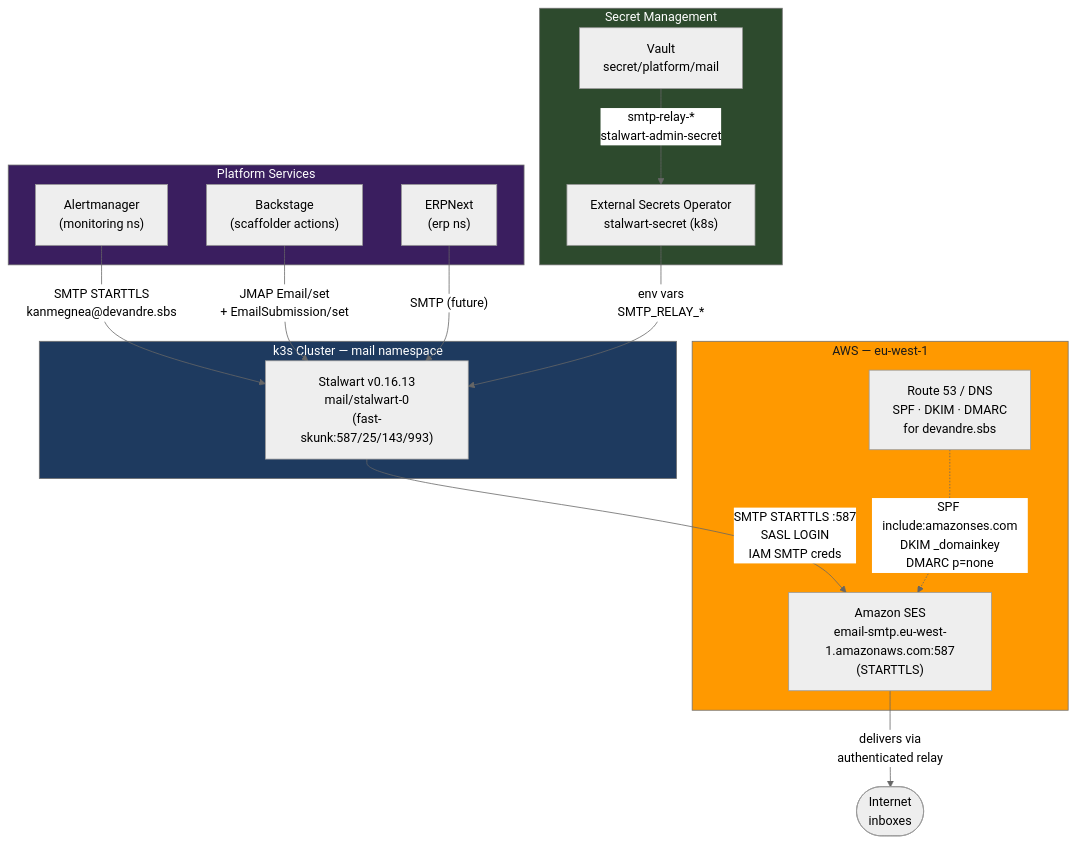
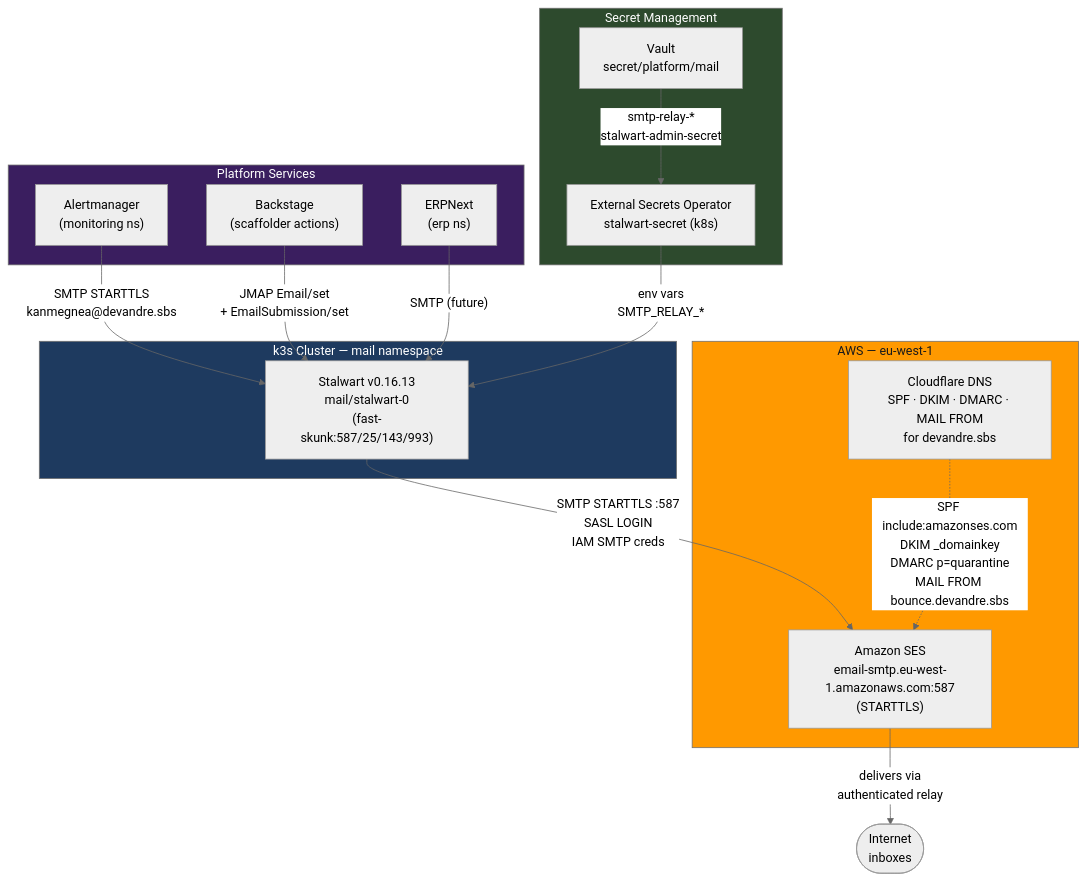
One commit to andrelair-platform/minicloud-platform-docs changed the diagram in docs/developer-platform/26-amazon-ses.md. Above: the diagram before and after it, drawn with Mermaid (neutral theme). The commit also changed other lines of this file and 1 other file, not shown here.

First line of the commit message:
docs(mail): deliverability posture + custom MAIL FROM; correct SES doc drift (#185)

````diff
--- a/docs/developer-platform/26-amazon-ses.md
+++ b/docs/developer-platform/26-amazon-ses.md
@@ -15,39 +15,39 @@
 ```mermaid
 flowchart TB
     subgraph cluster["k3s Cluster — mail namespace"]
         stalwart["Stalwart v0.16.13\nmail/stalwart-0\n(fast-skunk:587/25/143/993)"]
     end
 
     subgraph platform["Platform Services"]
         alertmanager["Alertmanager\n(monitoring ns)"]
         backstage["Backstage\n(scaffolder actions)"]
         erpnext["ERPNext\n(erp ns)"]
     end
 
     subgraph aws["AWS — eu-west-1"]
         ses["Amazon SES\nemail-smtp.eu-west-1.amazonaws.com:587\n(STARTTLS)"]
-        route53["Route 53 / DNS\nSPF · DKIM · DMARC\nfor devandre.sbs"]
+        route53["Cloudflare DNS\nSPF · DKIM · DMARC · MAIL FROM\nfor devandre.sbs"]
     end
 
     subgraph secrets["Secret Management"]
         vault["Vault\nsecret/platform/mail"]
         eso["External Secrets Operator\nstalwart-secret (k8s)"]
     end
 
     alertmanager -->|"SMTP STARTTLS\nkanmegnea@devandre.sbs"| stalwart
     backstage -->|"JMAP Email/set\n+ EmailSubmission/set"| stalwart
     erpnext -->|"SMTP (future)"| stalwart
 
     stalwart -->|"SMTP STARTTLS :587\nSASL LOGIN\nIAM SMTP creds"| ses
     ses -->|"delivers via\nauthenticated relay"| internet(["Internet\ninboxes"])
 
     vault -->|"smtp-relay-*\nstalwart-admin-secret"| eso
     eso -->|"env vars\nSMTP_RELAY_*"| stalwart
 
-    route53 -.->|"SPF include:amazonses.com\nDKIM _domainkey\nDMARC p=none"| ses
+    route53 -.->|"SPF include:amazonses.com\nDKIM _domainkey\nDMARC p=quarantine\nMAIL FROM bounce.devandre.sbs"| ses
 
     style cluster fill:#1e3a5f,color:#fff
     style aws fill:#ff9900,color:#1a1a1a
     style secrets fill:#2d4a2d,color:#fff
     style platform fill:#3a1e5f,color:#fff
 ```
````
